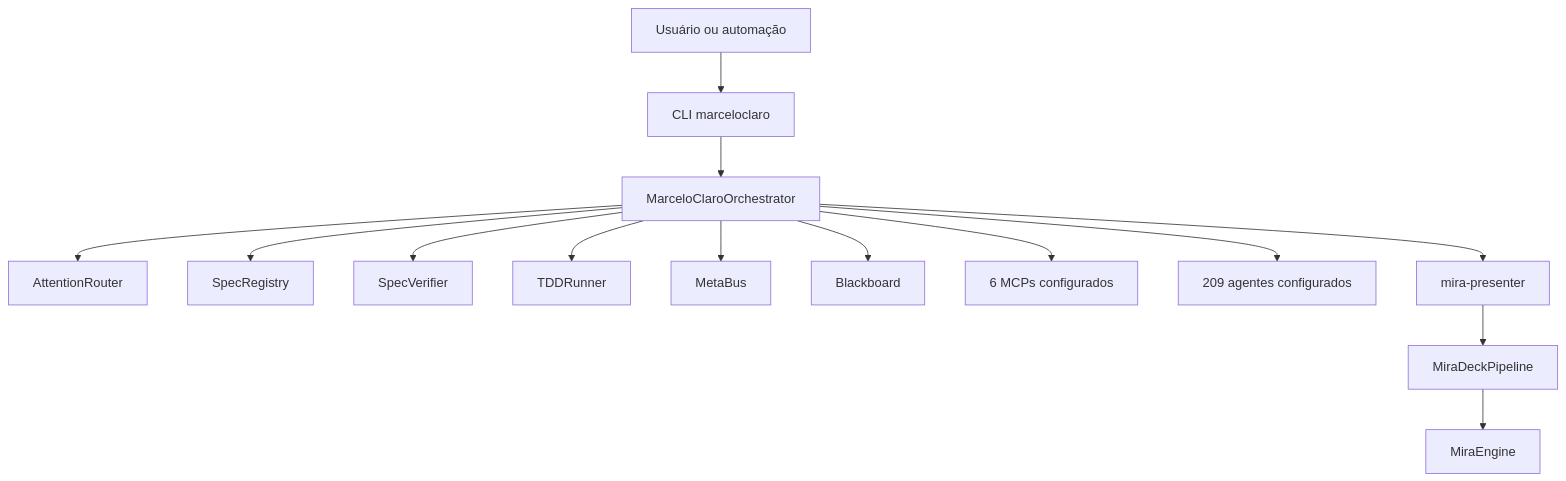
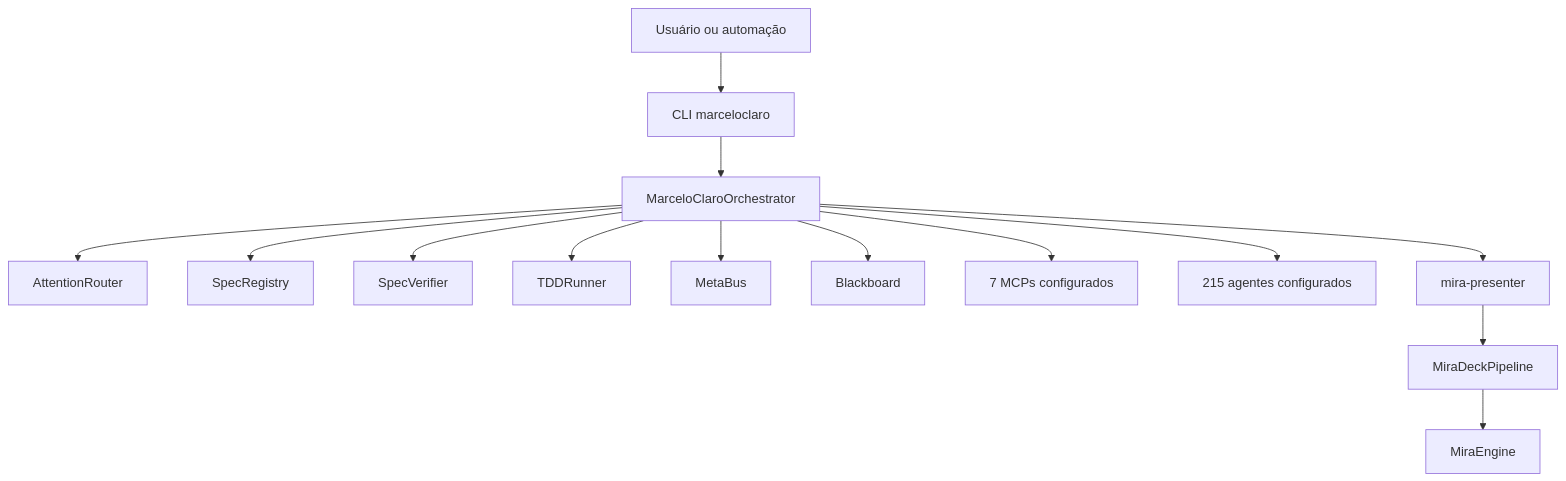
The second of 2 diagrams in ARCHITECTURE.md (MarceloClaro/opencode-ecosystem-core), drawn with Mermaid before and after one commit. The commit also changed other lines of this file and 43 other files, not shown here.

````diff
--- a/ARCHITECTURE.md
+++ b/ARCHITECTURE.md
@@ -45,16 +45,16 @@
 ```mermaid
 flowchart TB
     Usuario2[Usuário ou automação] --> CLI2[CLI marceloclaro]
     CLI2 --> Orq2[MarceloClaroOrchestrator]
     Orq2 --> Router[AttentionRouter]
     Orq2 --> SpecRegistry2[SpecRegistry]
     Orq2 --> SpecVerifier2[SpecVerifier]
     Orq2 --> TDDRunner2[TDDRunner]
     Orq2 --> MetaBus2[MetaBus]
     Orq2 --> Blackboard2[Blackboard]
-    Orq2 --> MCP2[6 MCPs configurados]
-    Orq2 --> Agents2[209 agentes configurados]
+    Orq2 --> MCP2[7 MCPs configurados]
+    Orq2 --> Agents2[215 agentes configurados]
     Orq2 --> Mira2[mira-presenter]
     Mira2 --> Deck2[MiraDeckPipeline]
     Deck2 --> Engine2[MiraEngine]
 ```
````
